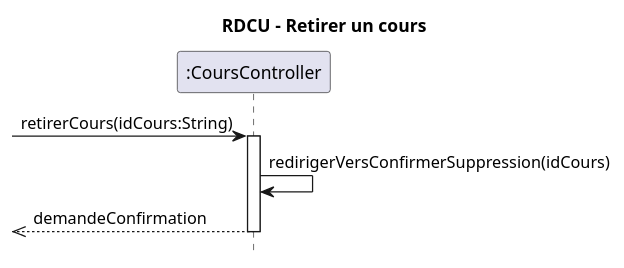
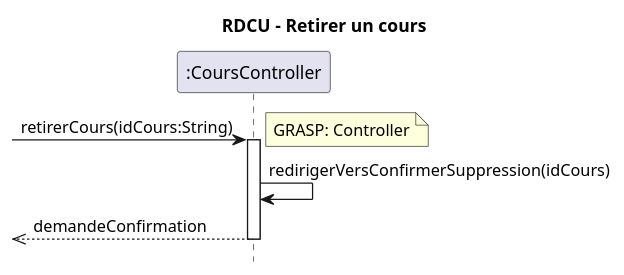
The diagram in docs/modeles/cu01/rdcu-retirer-cours.puml (xMrYahya/moodle-clone), drawn with PlantUML before and after one commit. The commit also changed 5 other files, not shown here.

```diff
--- a/docs/modeles/cu01/rdcu-retirer-cours.puml
+++ b/docs/modeles/cu01/rdcu-retirer-cours.puml
@@ -1,13 +1,14 @@
 @startuml
 hide footbox
 title RDCU - Retirer un cours
 
 participant ":CoursController" as ctrl
 
 -> ctrl : retirerCours(idCours:String)
+note right: GRASP: Controller
 activate ctrl
 ctrl -> ctrl : redirigerVersConfirmerSuppression(idCours)
 <<-- ctrl : demandeConfirmation
 deactivate ctrl
 
 @enduml
```
